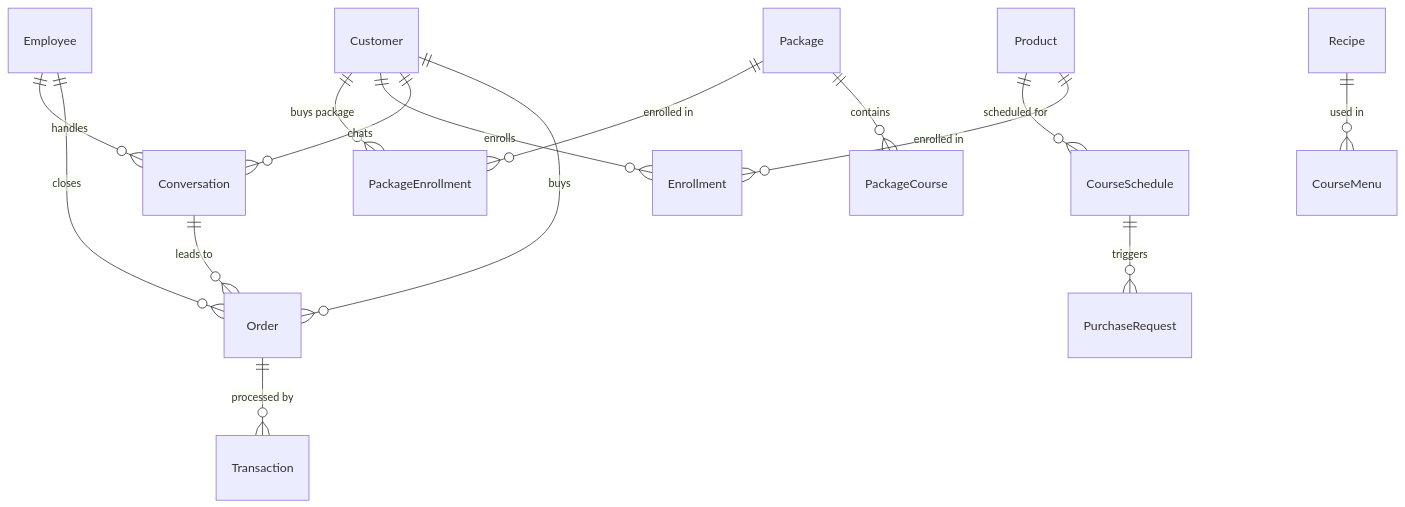
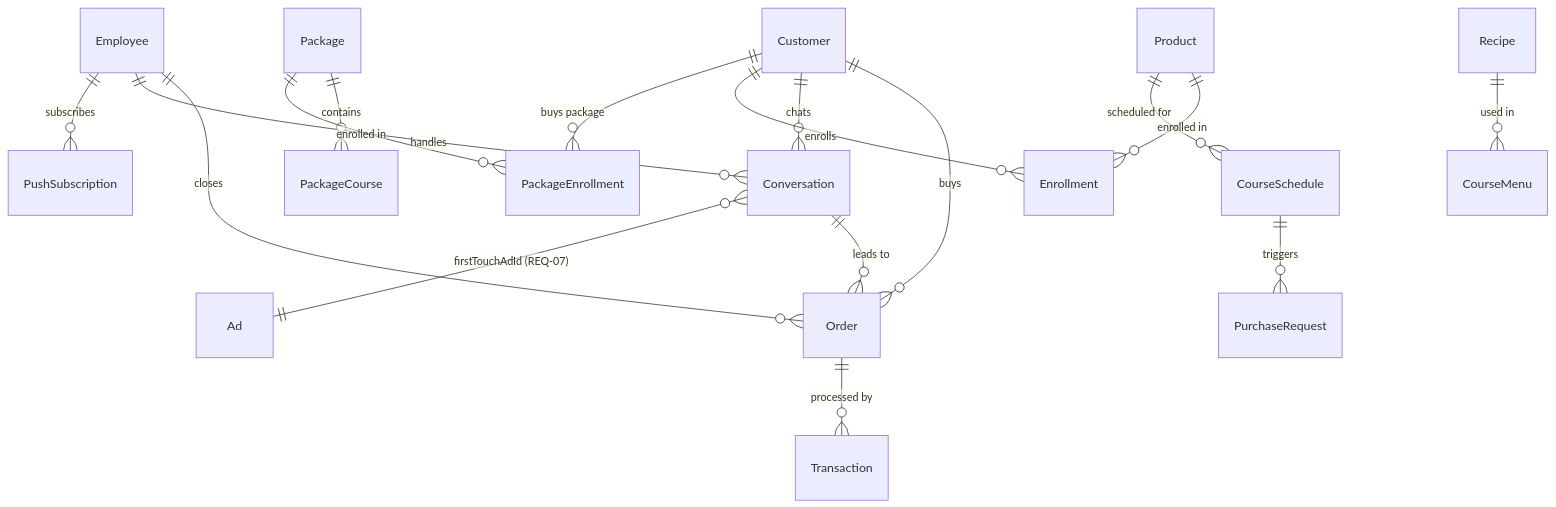
The first of 2 diagrams in docs/architecture/database-erd/high-level.md (Freshair129/crmapp), drawn with Mermaid before and after one commit. The commit also changed other lines of this file and 5 other files, not shown here.

First line of the commit message:
docs: sync all architecture docs to v1.3.0

````diff
--- a/docs/architecture/database-erd/high-level.md
+++ b/docs/architecture/database-erd/high-level.md
@@ -10,23 +10,25 @@
 ```mermaid
 erDiagram
     Customer ||--o{ Order : "buys"
     Customer ||--o{ Conversation : "chats"
     Customer ||--o{ Enrollment : "enrolls"
     Customer ||--o{ PackageEnrollment : "buys package"
-    
+
     Employee ||--o{ Order : "closes"
     Employee ||--o{ Conversation : "handles"
-    
+    Employee ||--o{ PushSubscription : "subscribes"
+
     Conversation ||--o{ Order : "leads to"
-    
+    Conversation }o--|| Ad : "firstTouchAdId (REQ-07)"
+
     Order ||--o{ Transaction : "processed by"
-    
+
     Product ||--o{ Enrollment : "enrolled in"
     Product ||--o{ CourseSchedule : "scheduled for"
-    
+
     Package ||--o{ PackageCourse : "contains"
     Package ||--o{ PackageEnrollment : "enrolled in"
-    
+
     CourseSchedule ||--o{ PurchaseRequest : "triggers"
     Recipe ||--o{ CourseMenu : "used in"
 ```
````
